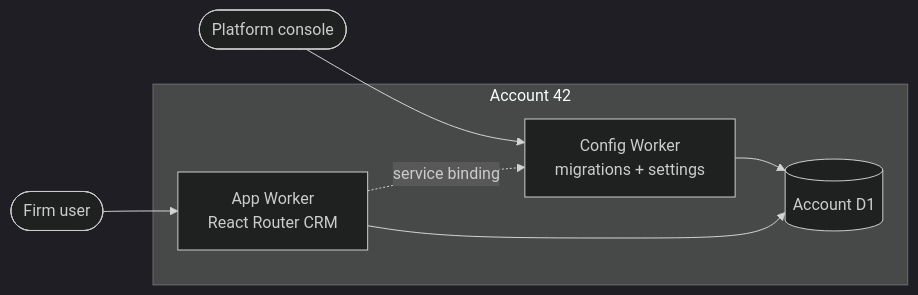
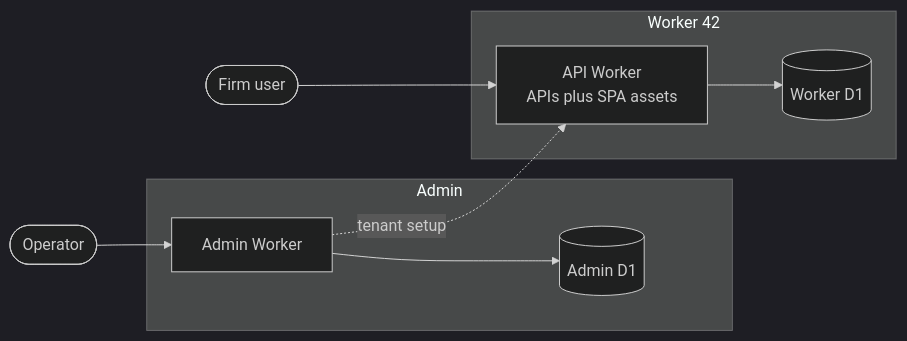
One commit to chrizy/temp-ideas changed the first of 2 diagrams in docs/adr/0001-one-d1-database-per-account.md. Above: the diagram before and after it, drawn with Mermaid (dark theme). The commit also changed other lines of this file and 4 other files, not shown here.

Commit message:
Update ADR 0001 to reflect changes in database structure and worker environments; revise ADR 0002 to clarify authentication methods for tenant apps and the Admin Worker; update README and platform app specifications accordingly.

````diff
--- a/docs/adr/0001-one-d1-database-per-account.md
+++ b/docs/adr/0001-one-d1-database-per-account.md
@@ -69,13 +57,16 @@
 ```mermaid
 flowchart LR
-  subgraph account42 [Account 42]
-    CFG[Config Worker\nmigrations + settings]
-    APP[App Worker\nReact Router CRM]
-    D1[(Account D1)]
+  subgraph adminPlane [Admin]
+    AW[Admin Worker]
+    AD1[(Admin D1)]
   end
-  User([Firm user]) --> APP
-  Platform([Platform console]) --> CFG
-  APP -. service binding .-> CFG
-  CFG --> D1
-  APP --> D1
+  subgraph env42 [Worker 42]
+    API[API Worker\nAPIs plus SPA assets]
+    D1[(Worker D1)]
+  end
+  Operator([Operator]) --> AW
+  AW --> AD1
+  AW -. tenant setup .-> API
+  User([Firm user]) --> API
+  API --> D1
 ```
````
